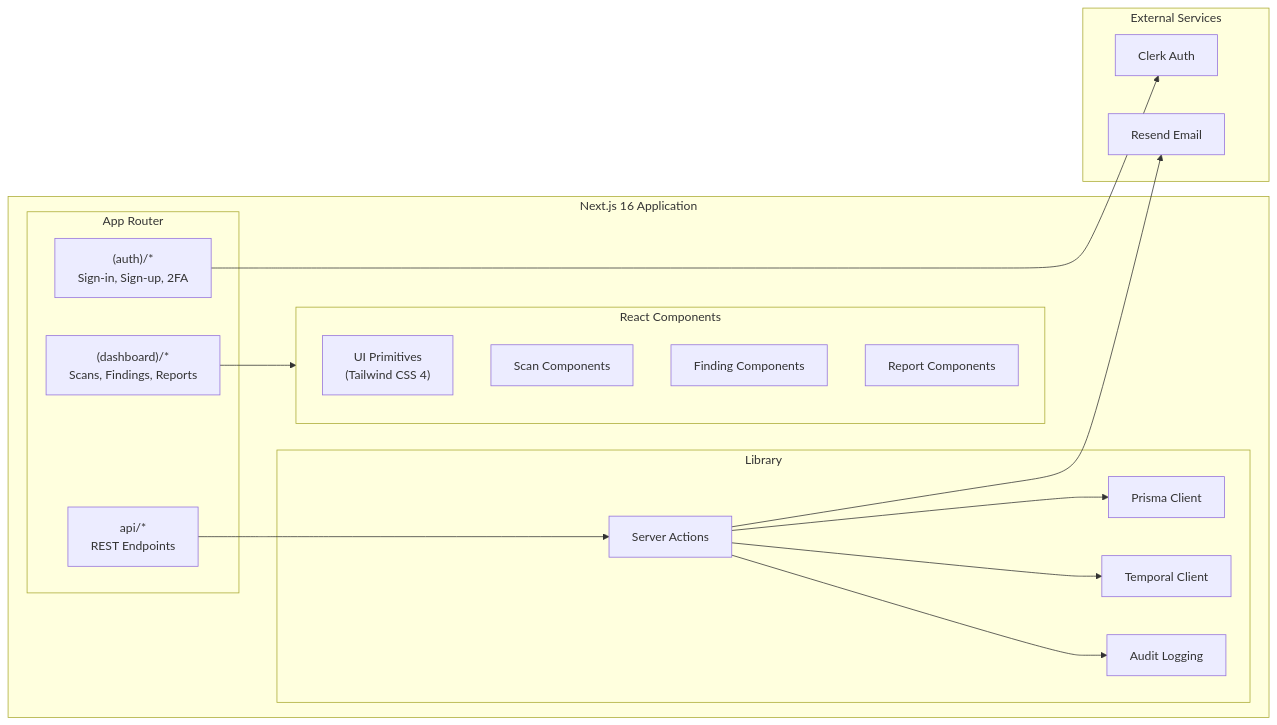
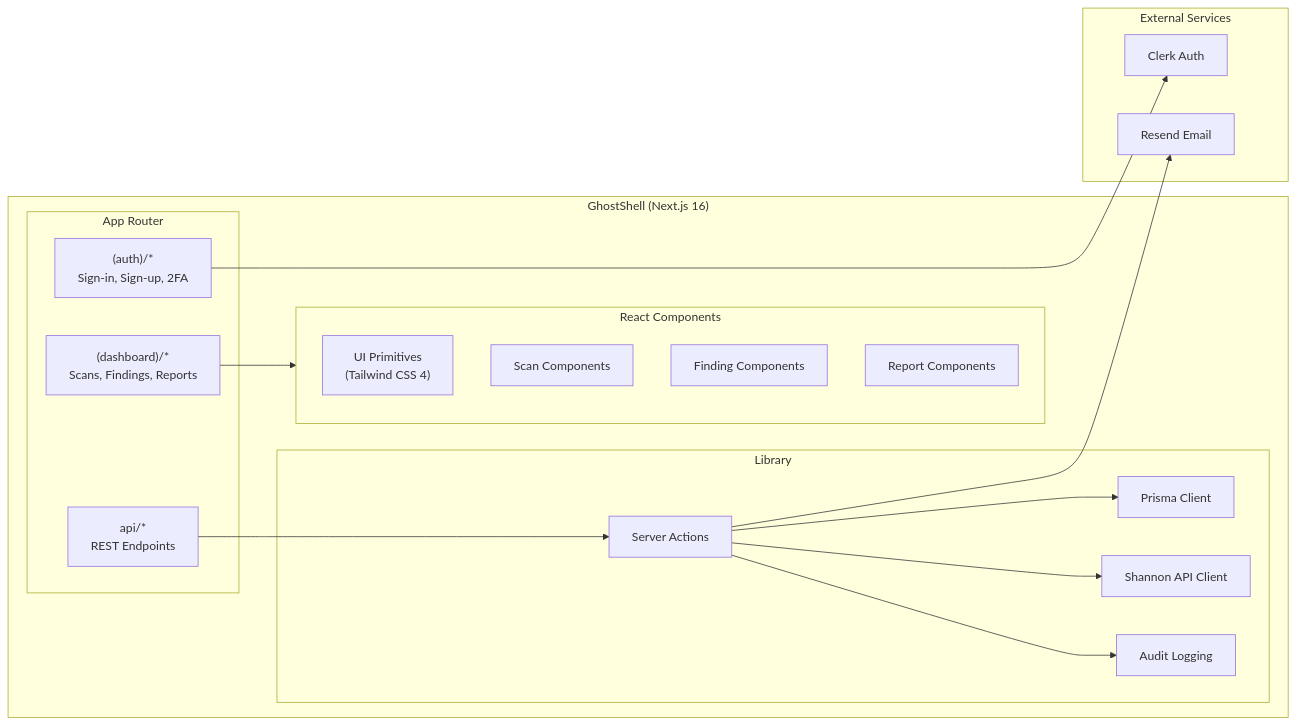
One commit to KeygraphHQ/shannon changed the third of 13 diagrams in .doc/saas/architecture.md. Above: the diagram before and after it, drawn with Mermaid. The commit also changed other lines of this file and 2 other files, not shown here.

First line of the commit message:
docs(saas): update documentation to reflect monorepo structure and GhostShell naming

````diff
--- a/.doc/saas/architecture.md
+++ b/.doc/saas/architecture.md
@@ -117,37 +122,37 @@
 ```mermaid
 graph LR
-    subgraph NextJS["Next.js 16 Application"]
+    subgraph NextJS["GhostShell (Next.js 16)"]
         subgraph Routes["App Router"]
             AuthRoutes["(auth)/*<br/>Sign-in, Sign-up, 2FA"]
             DashRoutes["(dashboard)/*<br/>Scans, Findings, Reports"]
             APIRoutes["api/*<br/>REST Endpoints"]
         end
 
         subgraph Components["React Components"]
             UI["UI Primitives<br/>(Tailwind CSS 4)"]
             Scans["Scan Components"]
             Findings["Finding Components"]
             Reports["Report Components"]
         end
 
         subgraph Lib["Library"]
             Actions["Server Actions"]
             DB["Prisma Client"]
-            Temporal["Temporal Client"]
+            ShannonClient["Shannon API Client"]
             Audit["Audit Logging"]
         end
     end
 
     subgraph External["External Services"]
         Clerk["Clerk Auth"]
         Resend["Resend Email"]
     end
 
     AuthRoutes --> Clerk
     DashRoutes --> Components
     APIRoutes --> Actions
     Actions --> DB
-    Actions --> Temporal
+    Actions --> ShannonClient
     Actions --> Audit
     Actions --> Resend
 ```
````
